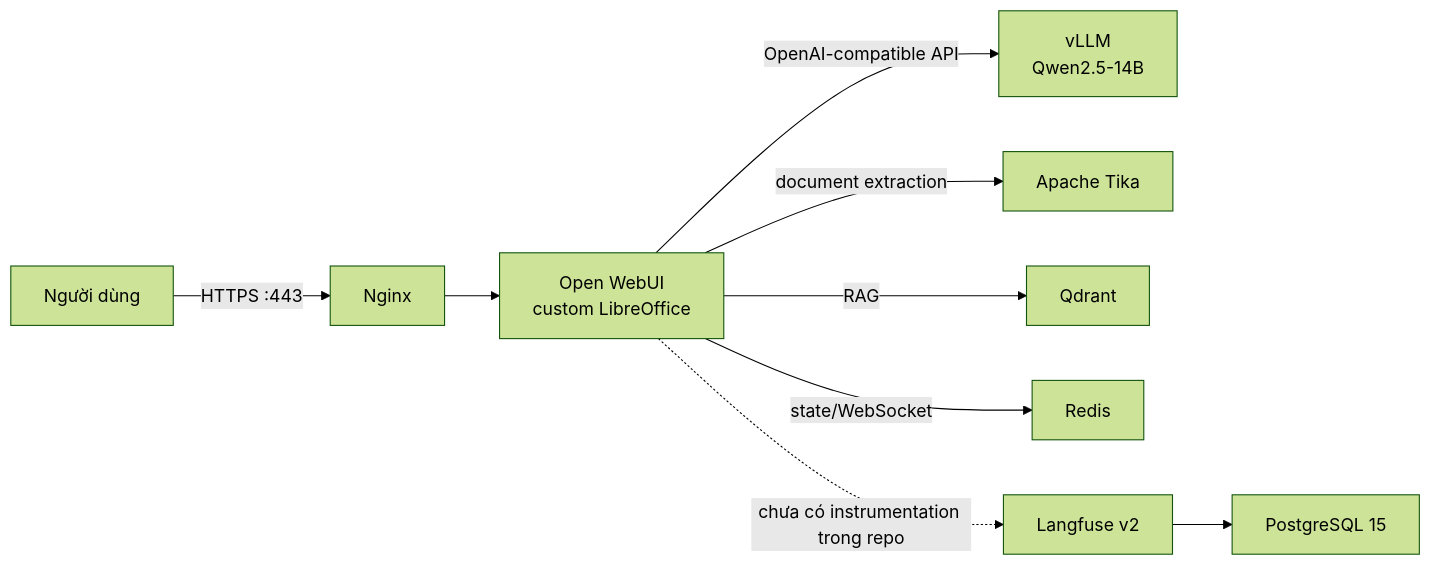
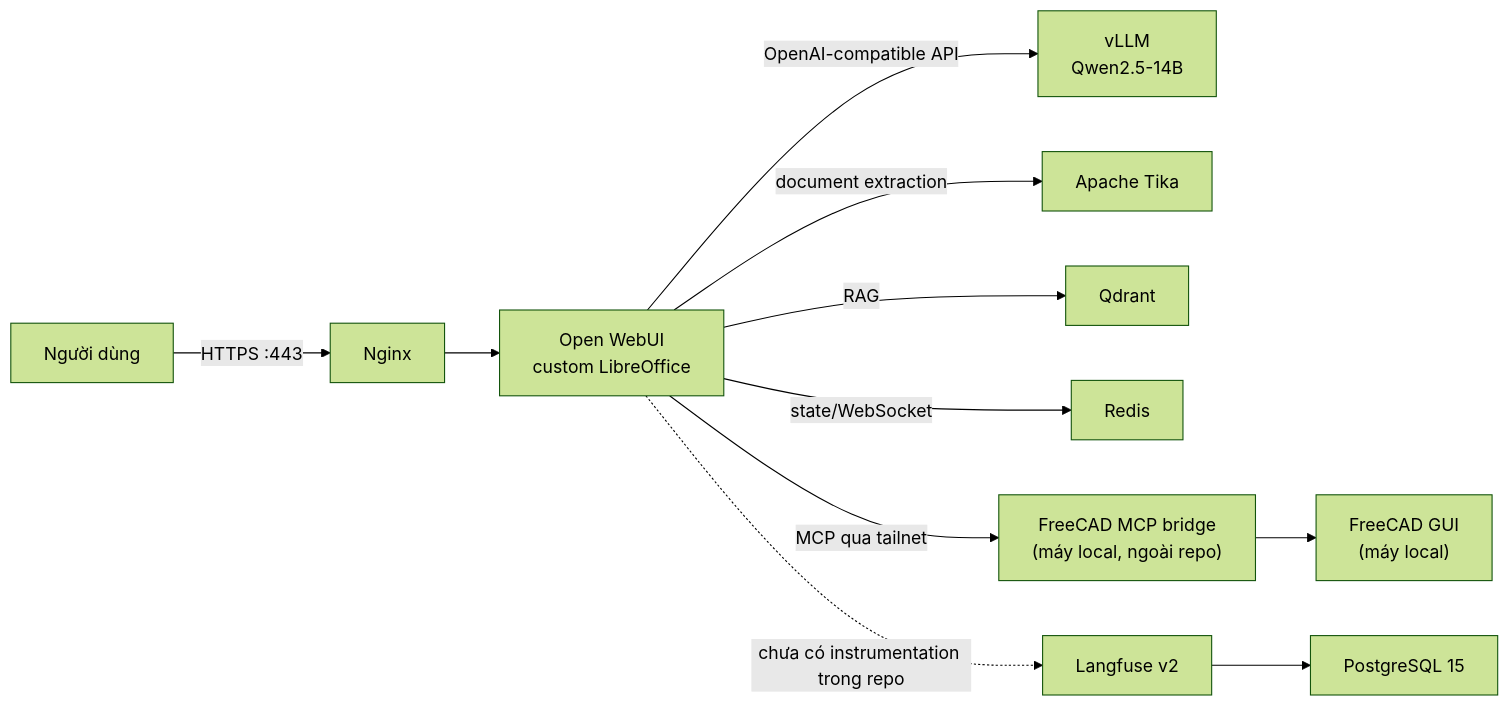
Before and after one commit to AnhMinhh12/ai-stack: the first of 2 diagrams in README.md, drawn with Mermaid (forest theme). The commit also changed other lines of this file and 234 other files, not shown here.

````diff
--- a/README.md
+++ b/README.md
@@ -48,11 +56,13 @@
 ```mermaid
 flowchart LR
     U["Người dùng"] -->|"HTTPS :443"| N["Nginx"]
     N --> W["Open WebUI<br/>custom LibreOffice"]
     W -->|"OpenAI-compatible API"| V["vLLM<br/>Qwen2.5-14B"]
     W -->|"document extraction"| T["Apache Tika"]
     W -->|"RAG"| Q["Qdrant"]
     W -->|"state/WebSocket"| R["Redis"]
+    W -->|"MCP qua tailnet"| M["FreeCAD MCP bridge\n(máy local, ngoài repo)"]
+    M --> F["FreeCAD GUI\n(máy local)"]
     L["Langfuse v2"] --> P["PostgreSQL 15"]
     W -. "chưa có instrumentation trong repo" .-> L
 ```
````
